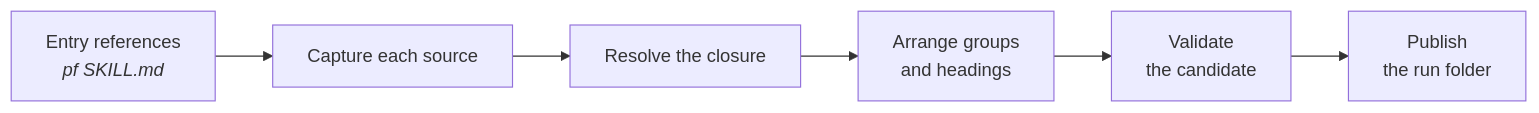
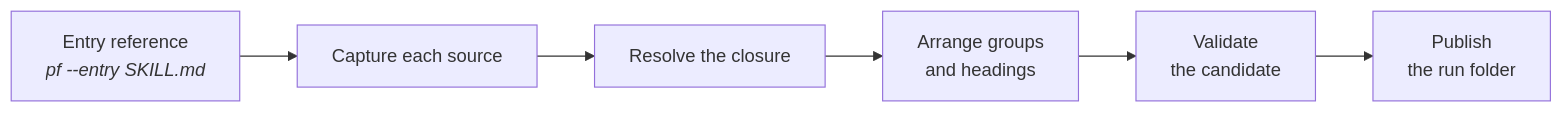
One commit to m2ux/prosiform changed the first of 11 diagrams in docs/architecture.md. Above: the diagram before and after it, drawn with Mermaid. The commit also changed other lines of this file and 16 other files, not shown here.

````diff
--- a/docs/architecture.md
+++ b/docs/architecture.md
@@ -9,8 +9,8 @@
 ```mermaid
 flowchart LR
-  Entry["Entry references<br/><i>pf SKILL.md</i>"] --> Capture["Capture each source"]
+  Entry["Entry reference<br/><i>pf --entry SKILL.md</i>"] --> Capture["Capture each source"]
   Capture --> Closure["Resolve the closure"]
   Closure --> Arrange["Arrange groups<br/>and headings"]
   Arrange --> Validate["Validate<br/>the candidate"]
   Validate --> Publish["Publish<br/>the run folder"]
 ```
````
